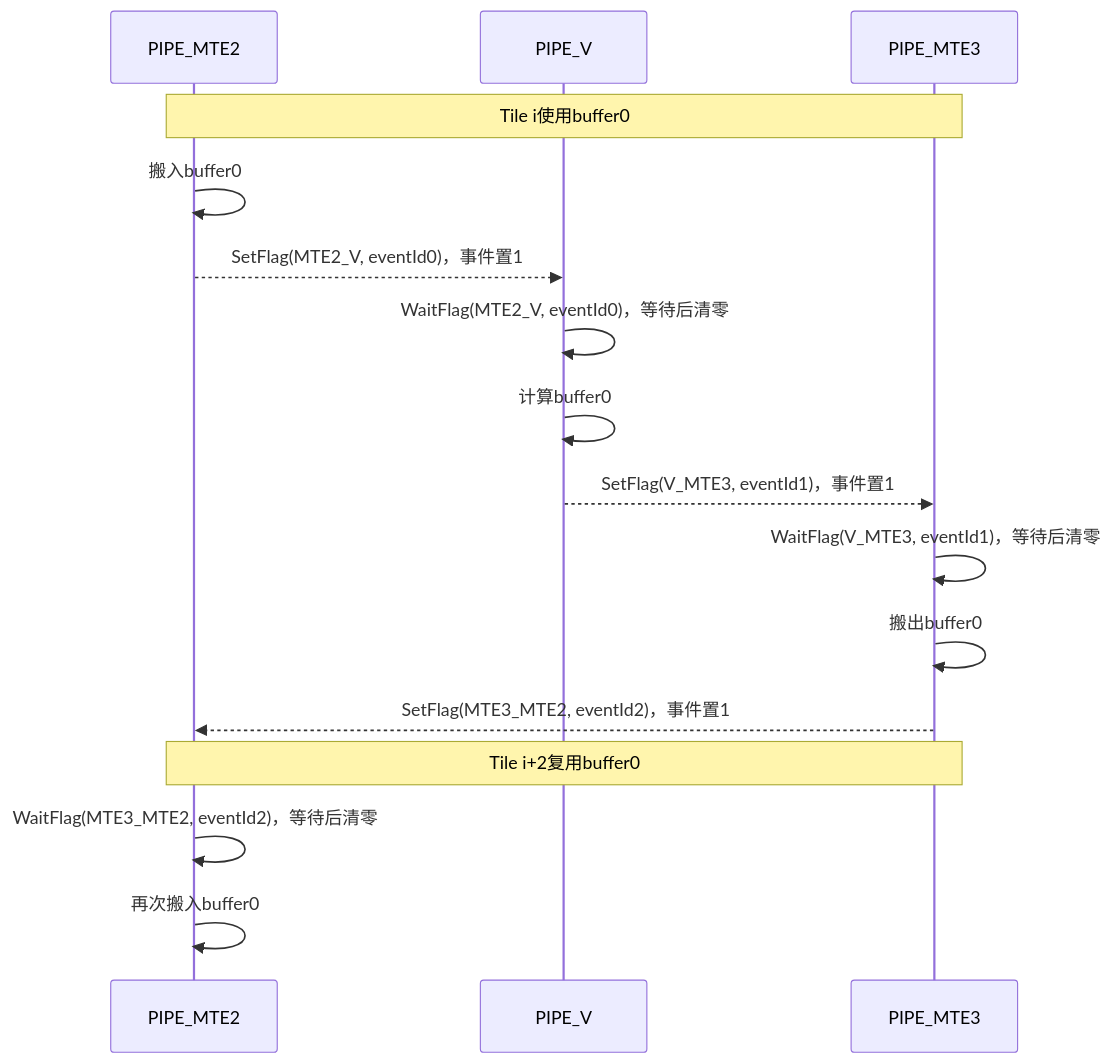
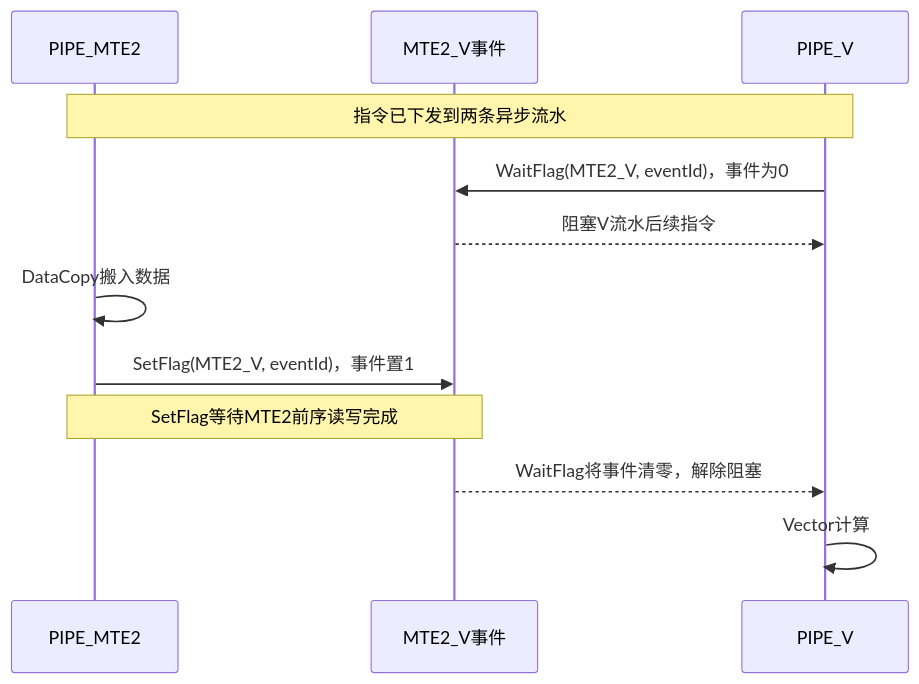
One commit to qingshangyan12/asc-devkit_clone changed the second of 3 diagrams in docs/zh/guide/operator_practice/simd_operator_impl/vector_programming/mutex_multi_pipeline_sync.md. Above: the diagram before and after it, drawn with Mermaid. The commit also changed other lines of this file, not shown here.

Commit message:
更新简化后的示意图

````diff
--- a/docs/zh/guide/operator_practice/simd_operator_impl/vector_programming/mutex_multi_pipeline_sync.md
+++ b/docs/zh/guide/operator_practice/simd_operator_impl/vector_programming/mutex_multi_pipeline_sync.md
@@ -103,18 +103,14 @@
 ```mermaid
 sequenceDiagram
     participant MTE2 as PIPE_MTE2
+    participant Event as MTE2_V事件
     participant V as PIPE_V
-    participant MTE3 as PIPE_MTE3
-    Note over MTE2,MTE3: Tile i使用buffer0
-    MTE2->>MTE2: 搬入buffer0
-    MTE2-->>V: SetFlag(MTE2_V, eventId0)，事件置1
-    V->>V: WaitFlag(MTE2_V, eventId0)，等待后清零
-    V->>V: 计算buffer0
-    V-->>MTE3: SetFlag(V_MTE3, eventId1)，事件置1
-    MTE3->>MTE3: WaitFlag(V_MTE3, eventId1)，等待后清零
-    MTE3->>MTE3: 搬出buffer0
-    MTE3-->>MTE2: SetFlag(MTE3_MTE2, eventId2)，事件置1
-    Note over MTE2,MTE3: Tile i+2复用buffer0
-    MTE2->>MTE2: WaitFlag(MTE3_MTE2, eventId2)，等待后清零
-    MTE2->>MTE2: 再次搬入buffer0
+    Note over MTE2,V: 指令已下发到两条异步流水
+    V->>Event: WaitFlag(MTE2_V, eventId)，事件为0
+    Event-->>V: 阻塞V流水后续指令
+    MTE2->>MTE2: DataCopy搬入数据
+    MTE2->>Event: SetFlag(MTE2_V, eventId)，事件置1
+    Note over MTE2,Event: SetFlag等待MTE2前序读写完成
+    Event-->>V: WaitFlag将事件清零，解除阻塞
+    V->>V: Vector计算
 ```
````
